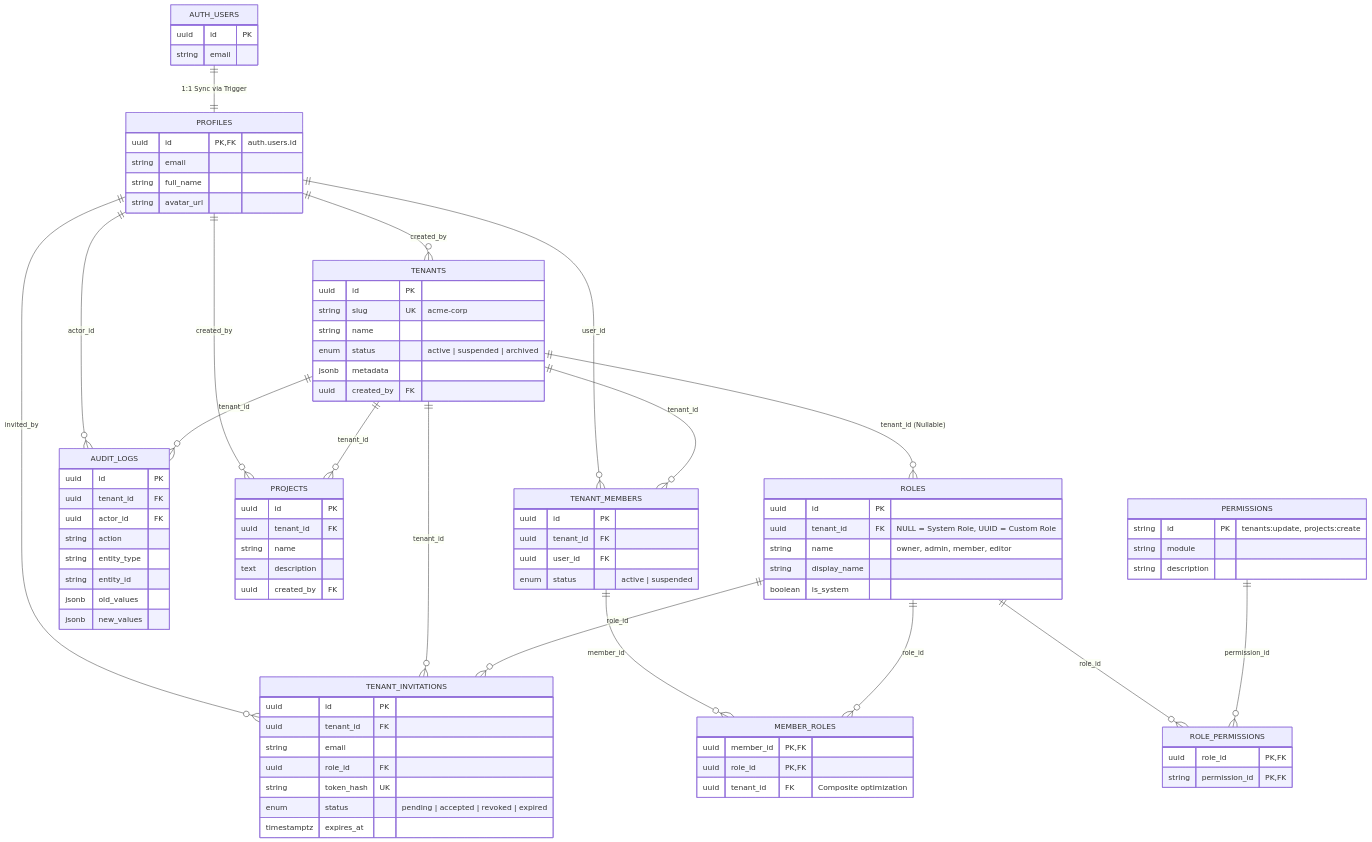
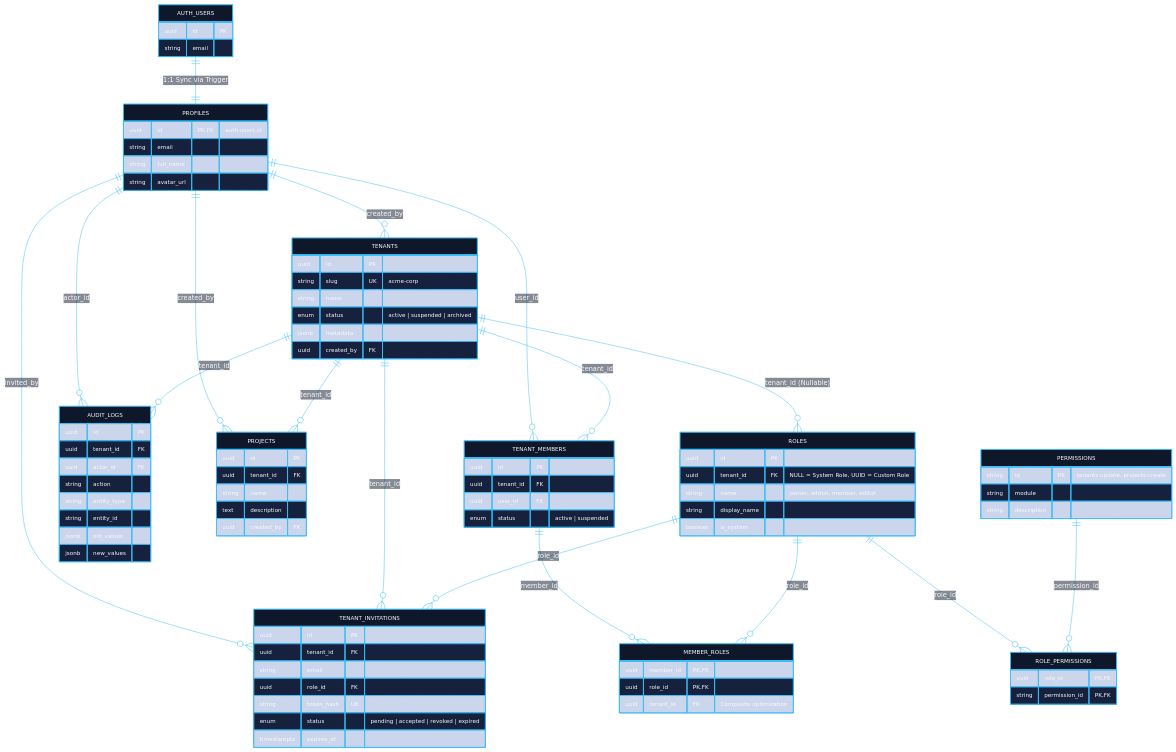
The diagram in README.md (tuquet/cloud), drawn with Mermaid before and after one commit. The commit also changed other lines of this file and 2 other files, not shown here.

Commit message:
docs: add interactive ERD viewer and enhance Mermaid styling for VS Code

````diff
--- a/README.md
+++ b/README.md
@@ -27,4 +29,19 @@
 ```mermaid
+%%{init: {
+  'theme': 'base',
+  'themeVariables': {
+    'primaryColor': '#0f172a',
+    'primaryTextColor': '#f8fafc',
+    'primaryBorderColor': '#38bdf8',
+    'lineColor': '#38bdf8',
+    'secondaryColor': '#1e293b',
+    'tertiaryColor': '#0f172a',
+    'fontFamily': 'JetBrains Mono, Segoe UI, sans-serif',
+    'fontSize': '12px',
+    'attributeBackgroundColorOdd': '#090d16',
+    'attributeBackgroundColorEven': '#0f172a'
+  }
+}}%%
 erDiagram
     AUTH_USERS ||--|| PROFILES : "1:1 Sync via Trigger"
     PROFILES ||--o{ TENANTS : "created_by"
````
